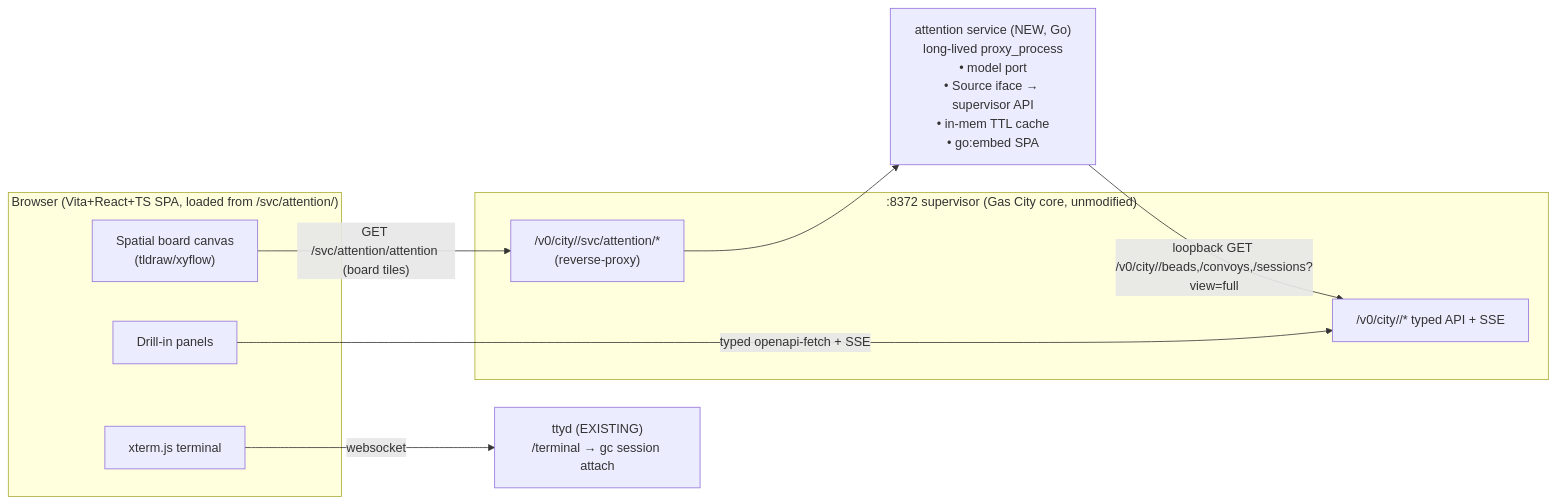
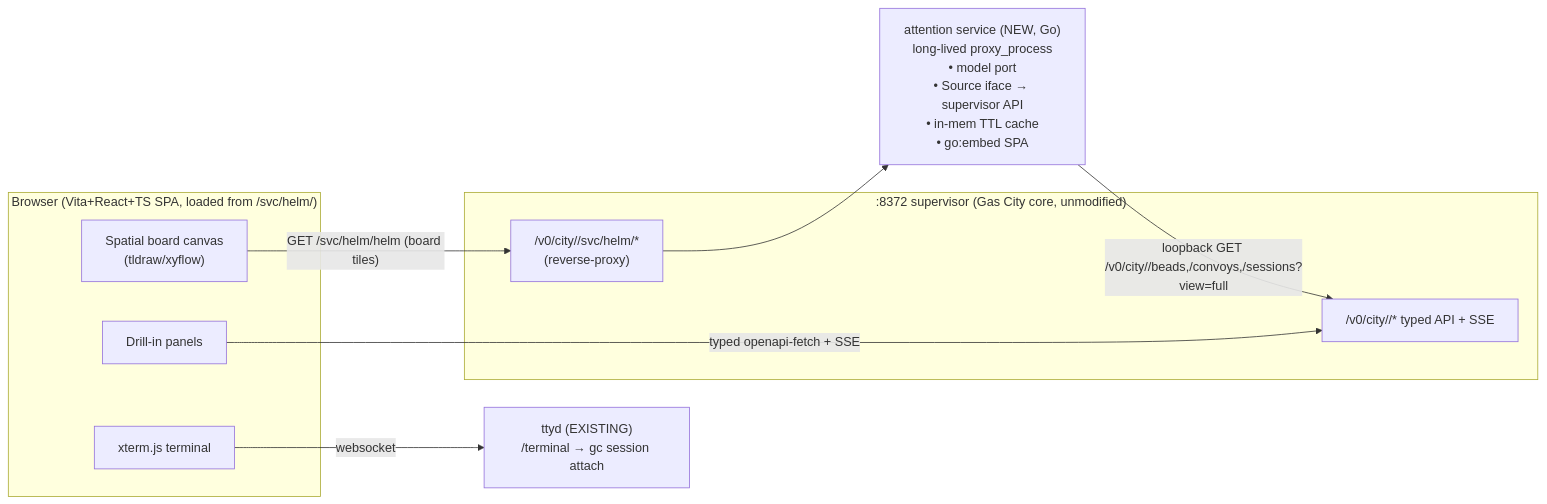
Before and after one commit to zookanalytics/gc-toolkit: the diagram in specs/tk-eemvf/2026-06-30-001-feat-attention-canvas-plan.md, drawn with Mermaid. The commit also changed other lines of this file and 3 other files, not shown here.

First line of the commit message:
docs(specs): rename attention→Helm identity to match landed #184

````diff
--- a/specs/tk-eemvf/2026-06-30-001-feat-attention-canvas-plan.md
+++ b/specs/tk-eemvf/2026-06-30-001-feat-attention-canvas-plan.md
@@ -61,21 +61,21 @@
 ```mermaid
 flowchart LR
-  subgraph Browser["Browser (Vita+React+TS SPA, loaded from /svc/attention/)"]
+  subgraph Browser["Browser (Vita+React+TS SPA, loaded from /svc/helm/)"]
     Canvas["Spatial board canvas\n(tldraw/xyflow)"]
     Drill["Drill-in panels"]
     Term["xterm.js terminal"]
   end
 
   subgraph Supervisor[":8372 supervisor (Gas City core, unmodified)"]
-    SvcProxy["/v0/city/<c>/svc/attention/*\n(reverse-proxy)"]
+    SvcProxy["/v0/city/<c>/svc/helm/*\n(reverse-proxy)"]
     CoreAPI["/v0/city/<c>/* typed API + SSE"]
   end
 
   AttSvc["attention service (NEW, Go)\nlong-lived proxy_process\n• model port\n• Source iface → supervisor API\n• in-mem TTL cache\n• go:embed SPA"]
   ttyd["ttyd (EXISTING)\n/terminal → gc session attach"]
 
-  Canvas -- "GET /svc/attention/attention (board tiles)" --> SvcProxy --> AttSvc
+  Canvas -- "GET /svc/helm/helm (board tiles)" --> SvcProxy --> AttSvc
   AttSvc -- "loopback GET /v0/city/<c>/beads,/convoys,/sessions?view=full" --> CoreAPI
   Drill -- "typed openapi-fetch + SSE" --> CoreAPI
   Term -- "websocket" --> ttyd
 ```
````
